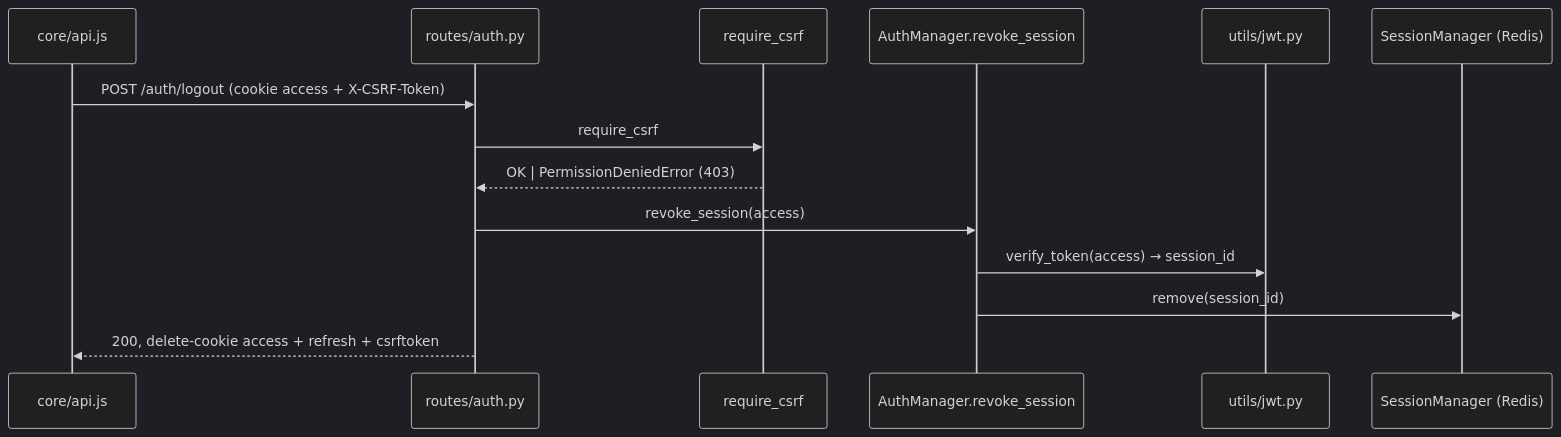
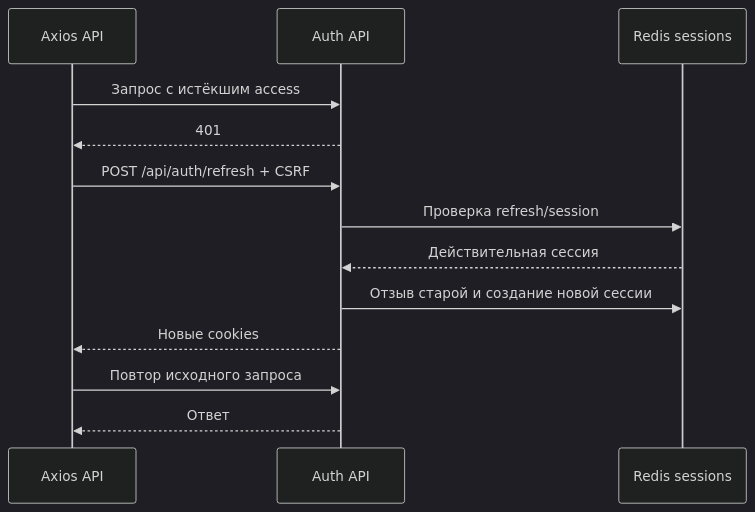
One commit to ITouch228/fastapi-realtime-messenger changed the second of 6 diagrams in docs/data_flow.md. Above: the diagram before and after it, drawn with Mermaid (dark theme). The commit also changed other lines of this file and 8 other files, not shown here.

First line of the commit message:
docs: актуализировать README, диаграммы и правила Git (#14)

````diff
--- a/docs/data_flow.md
+++ b/docs/data_flow.md
@@ -114,17 +33,15 @@
 ```mermaid
 sequenceDiagram
-    participant API as core/api.js
-    participant Route as routes/auth.py
-    participant CSRF as require_csrf
-    participant Svc as AuthManager.revoke_session
-    participant JWT as utils/jwt.py
-    participant SM as SessionManager (Redis)
-
-    API->>Route: POST /auth/logout (cookie access + X-CSRF-Token)
-    Route->>CSRF: require_csrf
-    CSRF-->>Route: OK | PermissionDeniedError (403)
-    Route->>Svc: revoke_session(access)
-    Svc->>JWT: verify_token(access) → session_id
-    Svc->>SM: remove(session_id)
-    Route-->>API: 200, delete-cookie access + refresh + csrftoken
+    participant B as Axios API
+    participant A as Auth API
+    participant R as Redis sessions
+    B->>A: Запрос с истёкшим access
+    A-->>B: 401
+    B->>A: POST /api/auth/refresh + CSRF
+    A->>R: Проверка refresh/session
+    R-->>A: Действительная сессия
+    A->>R: Отзыв старой и создание новой сессии
+    A-->>B: Новые cookies
+    B->>A: Повтор исходного запроса
+    A-->>B: Ответ
 ```
````
